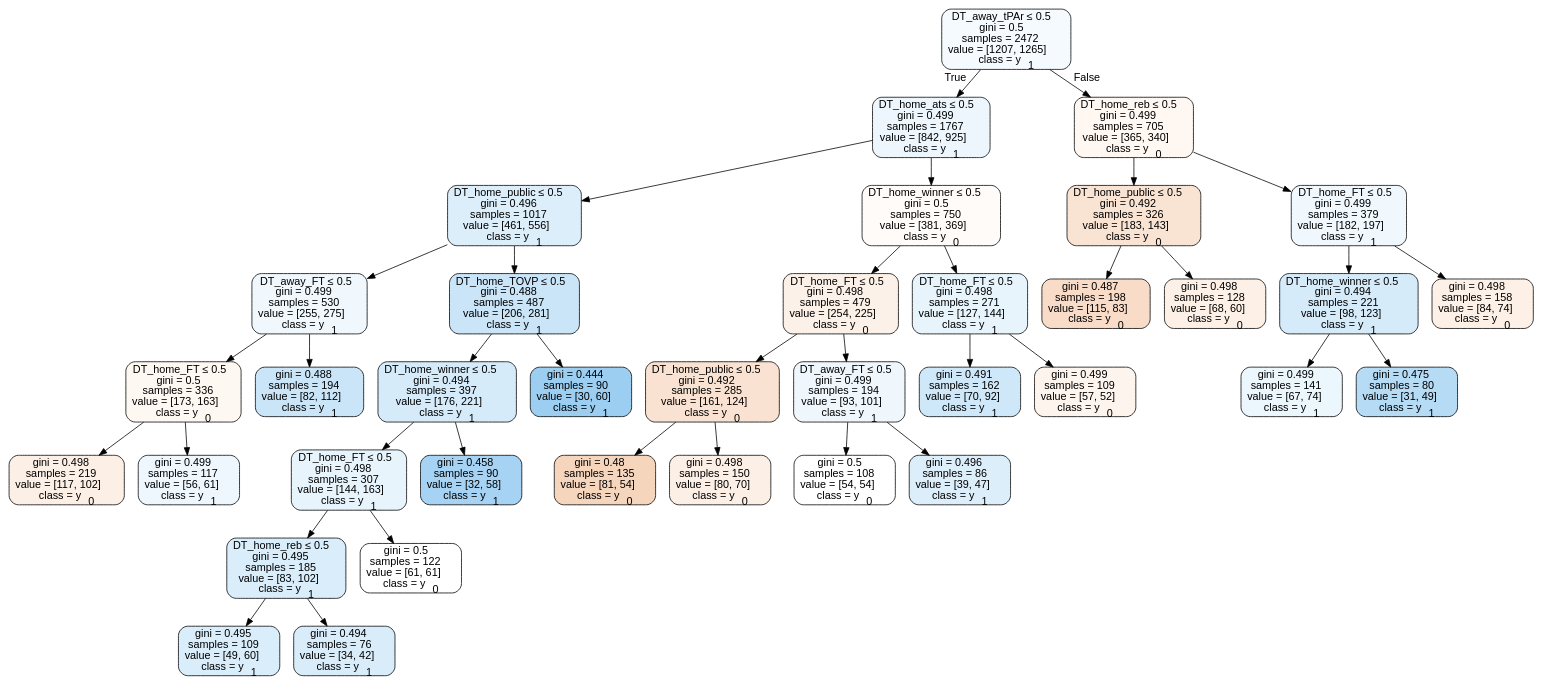
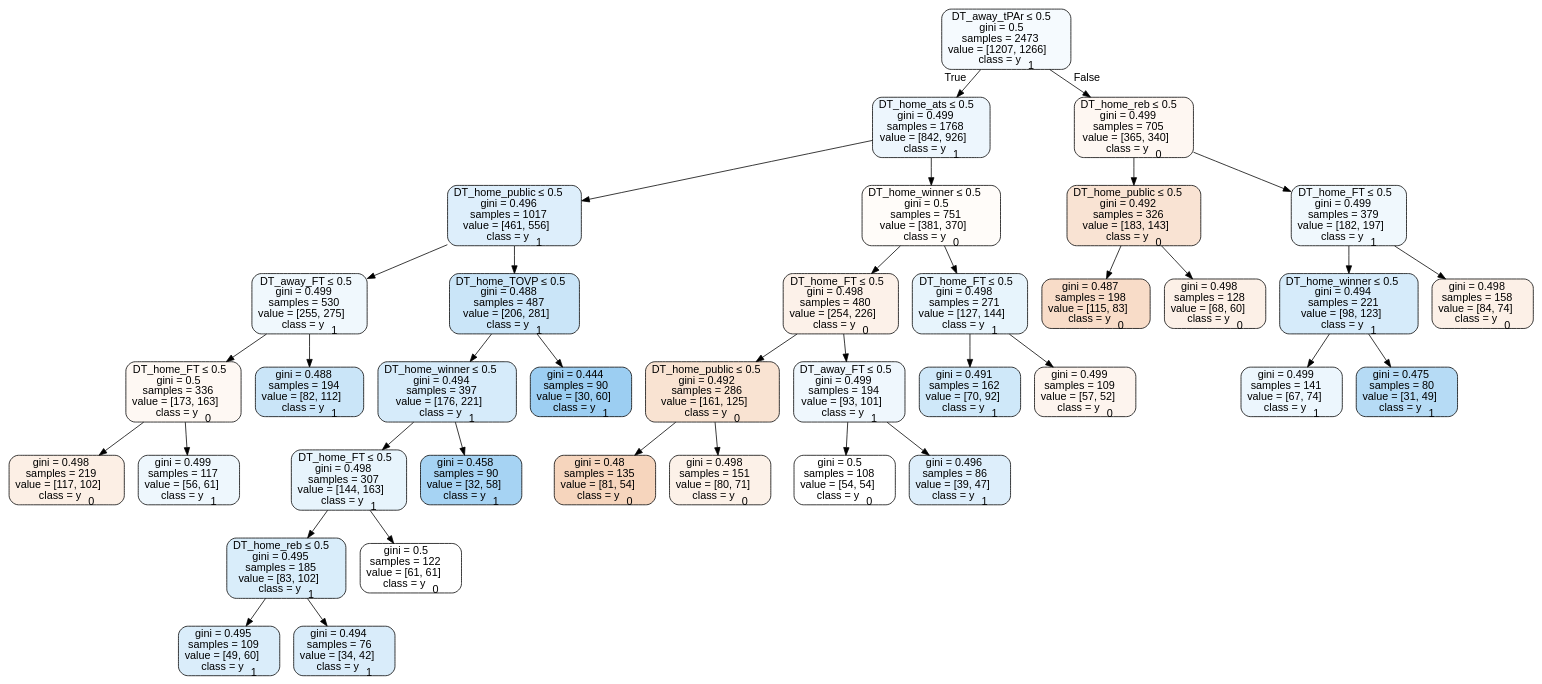
One commit to usbogie/ncaa-bets changed the diagram in Basketball/data/trees/tree2016neutral.dot. Above: the diagram before and after it, drawn with Graphviz. The commit also changed 29 other files, not shown here.

```diff
--- a/Basketball/data/trees/tree2016neutral.dot
+++ b/Basketball/data/trees/tree2016neutral.dot
@@ -1,77 +1,77 @@
 digraph Tree {
 node [shape=box, style="filled, rounded", color="black", fontname=helvetica] ;
 edge [fontname=helvetica] ;
-0 [label=<DT_away_tPAr &le; 0.5<br/>gini = 0.5<br/>samples = 2472<br/>value = [1207, 1265]<br/>class = y<SUB>1</SUB>>, fillcolor="#399de50c"] ;
-1 [label=<DT_home_ats &le; 0.5<br/>gini = 0.499<br/>samples = 1767<br/>value = [842, 925]<br/>class = y<SUB>1</SUB>>, fillcolor="#399de517"] ;
+0 [label=<DT_away_tPAr &le; 0.5<br/>gini = 0.5<br/>samples = 2473<br/>value = [1207, 1266]<br/>class = y<SUB>1</SUB>>, fillcolor="#399de50c"] ;
+1 [label=<DT_home_ats &le; 0.5<br/>gini = 0.499<br/>samples = 1768<br/>value = [842, 926]<br/>class = y<SUB>1</SUB>>, fillcolor="#399de517"] ;
 0 -> 1 [labeldistance=2.5, labelangle=45, headlabel="True"] ;
 2 [label=<DT_home_public &le; 0.5<br/>gini = 0.496<br/>samples = 1017<br/>value = [461, 556]<br/>class = y<SUB>1</SUB>>, fillcolor="#399de52c"] ;
 1 -> 2 ;
 3 [label=<DT_away_FT &le; 0.5<br/>gini = 0.499<br/>samples = 530<br/>value = [255, 275]<br/>class = y<SUB>1</SUB>>, fillcolor="#399de513"] ;
 2 -> 3 ;
 4 [label=<DT_home_FT &le; 0.5<br/>gini = 0.5<br/>samples = 336<br/>value = [173, 163]<br/>class = y<SUB>0</SUB>>, fillcolor="#e581390f"] ;
 3 -> 4 ;
 5 [label=<gini = 0.498<br/>samples = 219<br/>value = [117, 102]<br/>class = y<SUB>0</SUB>>, fillcolor="#e5813921"] ;
 4 -> 5 ;
 6 [label=<gini = 0.499<br/>samples = 117<br/>value = [56, 61]<br/>class = y<SUB>1</SUB>>, fillcolor="#399de515"] ;
 4 -> 6 ;
 7 [label=<gini = 0.488<br/>samples = 194<br/>value = [82, 112]<br/>class = y<SUB>1</SUB>>, fillcolor="#399de544"] ;
 3 -> 7 ;
 8 [label=<DT_home_TOVP &le; 0.5<br/>gini = 0.488<br/>samples = 487<br/>value = [206, 281]<br/>class = y<SUB>1</SUB>>, fillcolor="#399de544"] ;
 2 -> 8 ;
 9 [label=<DT_home_winner &le; 0.5<br/>gini = 0.494<br/>samples = 397<br/>value = [176, 221]<br/>class = y<SUB>1</SUB>>, fillcolor="#399de534"] ;
 8 -> 9 ;
 10 [label=<DT_home_FT &le; 0.5<br/>gini = 0.498<br/>samples = 307<br/>value = [144, 163]<br/>class = y<SUB>1</SUB>>, fillcolor="#399de51e"] ;
 9 -> 10 ;
 11 [label=<DT_home_reb &le; 0.5<br/>gini = 0.495<br/>samples = 185<br/>value = [83, 102]<br/>class = y<SUB>1</SUB>>, fillcolor="#399de530"] ;
 10 -> 11 ;
 12 [label=<gini = 0.495<br/>samples = 109<br/>value = [49, 60]<br/>class = y<SUB>1</SUB>>, fillcolor="#399de52f"] ;
 11 -> 12 ;
 13 [label=<gini = 0.494<br/>samples = 76<br/>value = [34, 42]<br/>class = y<SUB>1</SUB>>, fillcolor="#399de531"] ;
 11 -> 13 ;
 14 [label=<gini = 0.5<br/>samples = 122<br/>value = [61, 61]<br/>class = y<SUB>0</SUB>>, fillcolor="#e5813900"] ;
 10 -> 14 ;
 15 [label=<gini = 0.458<br/>samples = 90<br/>value = [32, 58]<br/>class = y<SUB>1</SUB>>, fillcolor="#399de572"] ;
 9 -> 15 ;
 16 [label=<gini = 0.444<br/>samples = 90<br/>value = [30, 60]<br/>class = y<SUB>1</SUB>>, fillcolor="#399de57f"] ;
 8 -> 16 ;
-17 [label=<DT_home_winner &le; 0.5<br/>gini = 0.5<br/>samples = 750<br/>value = [381, 369]<br/>class = y<SUB>0</SUB>>, fillcolor="#e5813908"] ;
+17 [label=<DT_home_winner &le; 0.5<br/>gini = 0.5<br/>samples = 751<br/>value = [381, 370]<br/>class = y<SUB>0</SUB>>, fillcolor="#e5813907"] ;
 1 -> 17 ;
-18 [label=<DT_home_FT &le; 0.5<br/>gini = 0.498<br/>samples = 479<br/>value = [254, 225]<br/>class = y<SUB>0</SUB>>, fillcolor="#e581391d"] ;
+18 [label=<DT_home_FT &le; 0.5<br/>gini = 0.498<br/>samples = 480<br/>value = [254, 226]<br/>class = y<SUB>0</SUB>>, fillcolor="#e581391c"] ;
 17 -> 18 ;
-19 [label=<DT_home_public &le; 0.5<br/>gini = 0.492<br/>samples = 285<br/>value = [161, 124]<br/>class = y<SUB>0</SUB>>, fillcolor="#e581393b"] ;
+19 [label=<DT_home_public &le; 0.5<br/>gini = 0.492<br/>samples = 286<br/>value = [161, 125]<br/>class = y<SUB>0</SUB>>, fillcolor="#e5813939"] ;
 18 -> 19 ;
 20 [label=<gini = 0.48<br/>samples = 135<br/>value = [81, 54]<br/>class = y<SUB>0</SUB>>, fillcolor="#e5813955"] ;
 19 -> 20 ;
-21 [label=<gini = 0.498<br/>samples = 150<br/>value = [80, 70]<br/>class = y<SUB>0</SUB>>, fillcolor="#e5813920"] ;
+21 [label=<gini = 0.498<br/>samples = 151<br/>value = [80, 71]<br/>class = y<SUB>0</SUB>>, fillcolor="#e581391d"] ;
 19 -> 21 ;
 22 [label=<DT_away_FT &le; 0.5<br/>gini = 0.499<br/>samples = 194<br/>value = [93, 101]<br/>class = y<SUB>1</SUB>>, fillcolor="#399de514"] ;
 18 -> 22 ;
 23 [label=<gini = 0.5<br/>samples = 108<br/>value = [54, 54]<br/>class = y<SUB>0</SUB>>, fillcolor="#e5813900"] ;
 22 -> 23 ;
 24 [label=<gini = 0.496<br/>samples = 86<br/>value = [39, 47]<br/>class = y<SUB>1</SUB>>, fillcolor="#399de52b"] ;
 22 -> 24 ;
 25 [label=<DT_home_FT &le; 0.5<br/>gini = 0.498<br/>samples = 271<br/>value = [127, 144]<br/>class = y<SUB>1</SUB>>, fillcolor="#399de51e"] ;
 17 -> 25 ;
 26 [label=<gini = 0.491<br/>samples = 162<br/>value = [70, 92]<br/>class = y<SUB>1</SUB>>, fillcolor="#399de53d"] ;
 25 -> 26 ;
 27 [label=<gini = 0.499<br/>samples = 109<br/>value = [57, 52]<br/>class = y<SUB>0</SUB>>, fillcolor="#e5813916"] ;
 25 -> 27 ;
 28 [label=<DT_home_reb &le; 0.5<br/>gini = 0.499<br/>samples = 705<br/>value = [365, 340]<br/>class = y<SUB>0</SUB>>, fillcolor="#e5813911"] ;
 0 -> 28 [labeldistance=2.5, labelangle=-45, headlabel="False"] ;
 29 [label=<DT_home_public &le; 0.5<br/>gini = 0.492<br/>samples = 326<br/>value = [183, 143]<br/>class = y<SUB>0</SUB>>, fillcolor="#e5813938"] ;
 28 -> 29 ;
 30 [label=<gini = 0.487<br/>samples = 198<br/>value = [115, 83]<br/>class = y<SUB>0</SUB>>, fillcolor="#e5813947"] ;
 29 -> 30 ;
 31 [label=<gini = 0.498<br/>samples = 128<br/>value = [68, 60]<br/>class = y<SUB>0</SUB>>, fillcolor="#e581391e"] ;
 29 -> 31 ;
 32 [label=<DT_home_FT &le; 0.5<br/>gini = 0.499<br/>samples = 379<br/>value = [182, 197]<br/>class = y<SUB>1</SUB>>, fillcolor="#399de513"] ;
 28 -> 32 ;
 33 [label=<DT_home_winner &le; 0.5<br/>gini = 0.494<br/>samples = 221<br/>value = [98, 123]<br/>class = y<SUB>1</SUB>>, fillcolor="#399de534"] ;
 32 -> 33 ;
 34 [label=<gini = 0.499<br/>samples = 141<br/>value = [67, 74]<br/>class = y<SUB>1</SUB>>, fillcolor="#399de518"] ;
 33 -> 34 ;
 35 [label=<gini = 0.475<br/>samples = 80<br/>value = [31, 49]<br/>class = y<SUB>1</SUB>>, fillcolor="#399de55e"] ;
 33 -> 35 ;
 36 [label=<gini = 0.498<br/>samples = 158<br/>value = [84, 74]<br/>class = y<SUB>0</SUB>>, fillcolor="#e581391e"] ;
 32 -> 36 ;
 }
```
